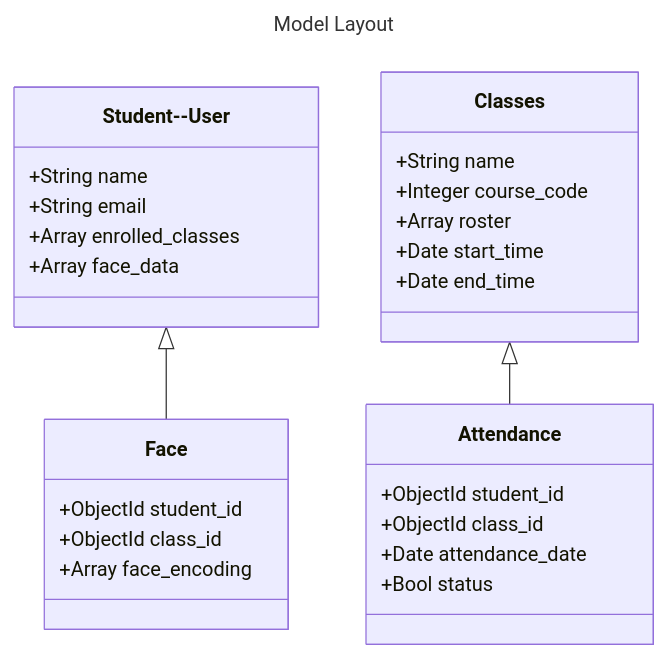
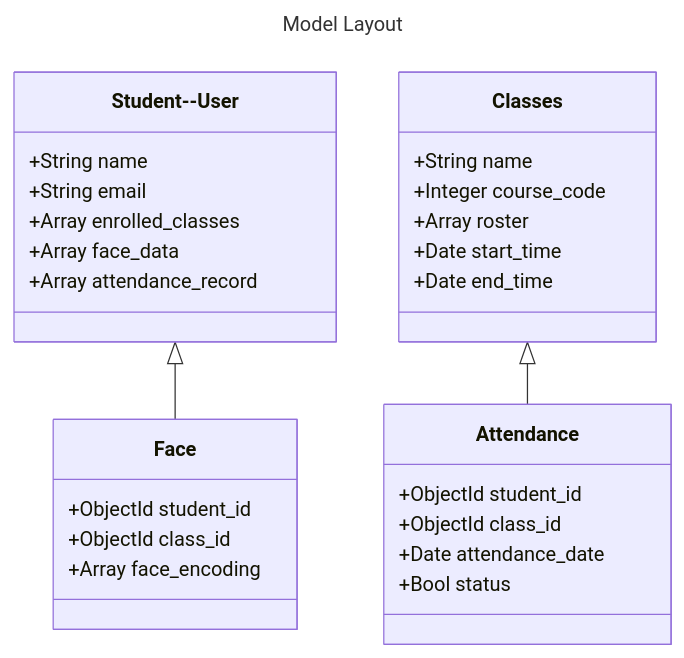
One commit to Cnasty07/FacialAttendance25 changed the diagram in src/models/README.MD. Above: the diagram before and after it, drawn with Mermaid. The commit also changed 17 other files, not shown here.

````diff
--- a/src/models/README.MD
+++ b/src/models/README.MD
@@ -12,32 +12,33 @@
 ```mermaid
 ---
 title: Model Layout
 ---
 classDiagram
     class User["Student--User"]
     User : +String name
     User : +String email
     User : +Array enrolled_classes
     User : +Array face_data
+    User : +Array attendance_record
 
     class Classes
     Classes : +String name
     Classes : +Integer course_code
     Classes : +Array roster
     Classes : +Date start_time
     Classes : +Date end_time
 
     class Face
     User <|-- Face
     Face : +ObjectId student_id
     Face : +ObjectId class_id
     Face : +Array face_encoding
 
     class Attendance
     Classes <|-- Attendance
     Attendance : +ObjectId student_id
     Attendance : +ObjectId class_id
     Attendance : +Date attendance_date
     Attendance : +Bool status
 
 ```
````
